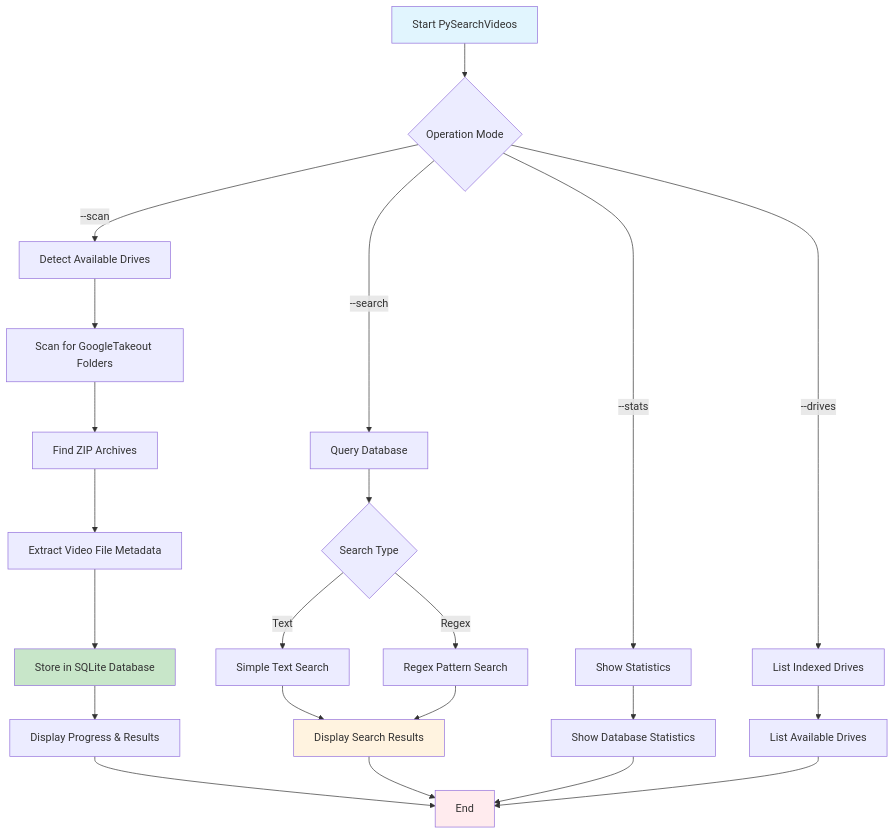
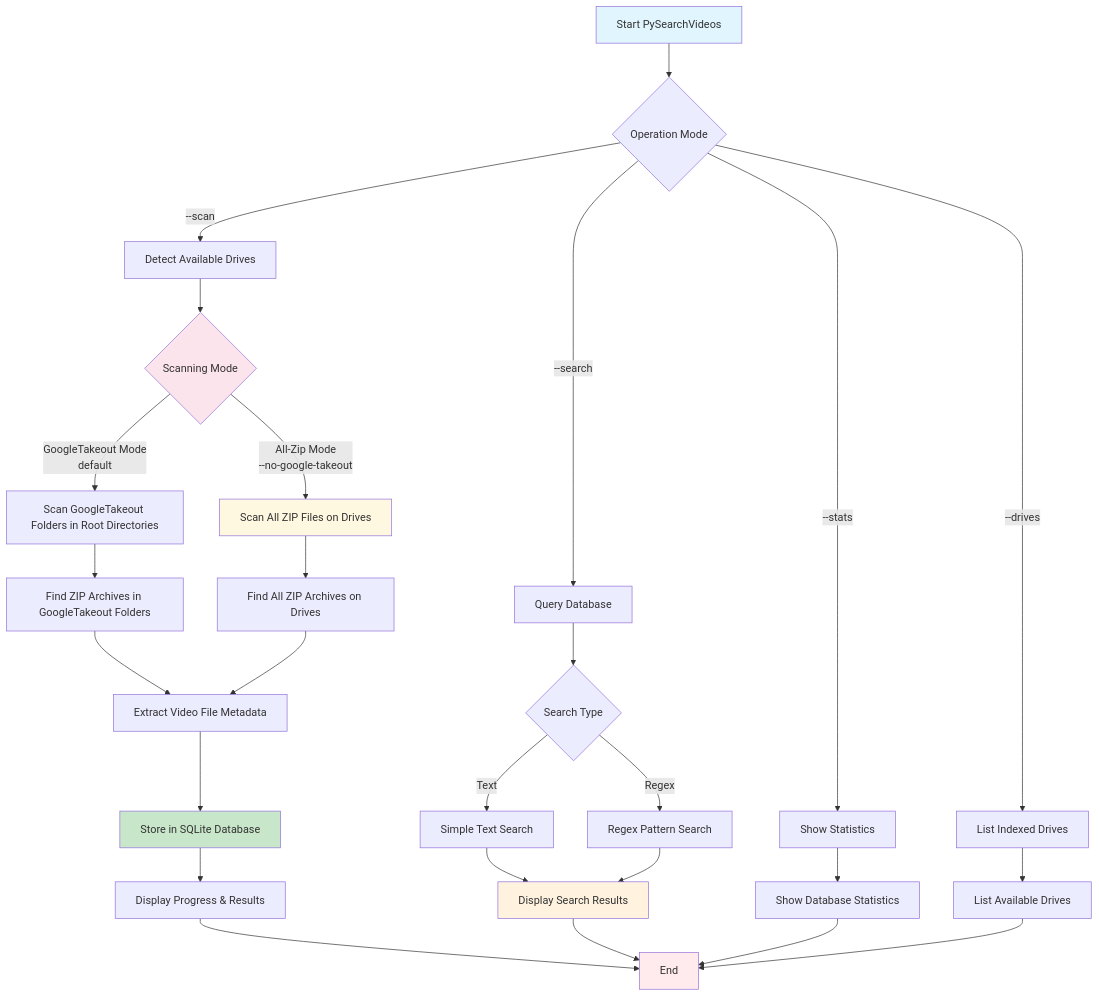
One commit to cschladetsch/PySeachZips changed the diagram in README.md. Above: the diagram before and after it, drawn with Mermaid. The commit also changed other lines of this file and 2 other files, not shown here.

First line of the commit message:
Refactor to generic video archive scanner with dual scanning modes

````diff
--- a/README.md
+++ b/README.md
@@ -17,34 +19,42 @@
 ```mermaid
 flowchart TD
     A[Start PySearchVideos] --> B{Operation Mode}
     
     B -->|--scan| C[Detect Available Drives]
     B -->|--search| D[Query Database]
     B -->|--stats| E[Show Statistics]
     B -->|--drives| F[List Indexed Drives]
     
-    C --> G[Scan for GoogleTakeout Folders]
-    G --> H[Find ZIP Archives]
-    H --> I[Extract Video File Metadata]
-    I --> J[Store in SQLite Database]
-    J --> K[Display Progress & Results]
+    C --> G{Scanning Mode}
+    G -->|GoogleTakeout Mode<br/>default| H[Scan GoogleTakeout Folders in Root Directories]
+    G -->|All-Zip Mode<br/>--no-google-takeout| I[Scan All ZIP Files on Drives]
     
-    D --> L{Search Type}
-    L -->|Text| M[Simple Text Search]
-    L -->|Regex| N[Regex Pattern Search]
-    M --> O[Display Search Results]
-    N --> O
+    H --> J[Find ZIP Archives in GoogleTakeout Folders]
+    I --> K[Find All ZIP Archives on Drives]
     
-    E --> P[Show Database Statistics]
-    F --> Q[List Available Drives]
+    J --> L[Extract Video File Metadata]
+    K --> L
+    L --> M[Store in SQLite Database]
+    M --> N[Display Progress & Results]
     
-    K --> R[End]
-    O --> R
-    P --> R
+    D --> O{Search Type}
+    O -->|Text| P[Simple Text Search]
+    O -->|Regex| Q[Regex Pattern Search]
+    P --> R[Display Search Results]
     Q --> R
     
+    E --> S[Show Database Statistics]
+    F --> T[List Available Drives]
+    
+    N --> U[End]
+    R --> U
+    S --> U
+    T --> U
+    
     style A fill:#e1f5fe
-    style J fill:#c8e6c9
-    style O fill:#fff3e0
-    style R fill:#ffebee
+    style M fill:#c8e6c9
+    style R fill:#fff3e0
+    style U fill:#ffebee
+    style G fill:#fce4ec
+    style I fill:#fff8e1
 ```
````
